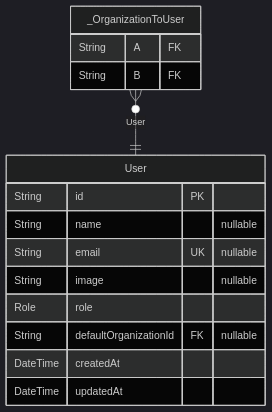
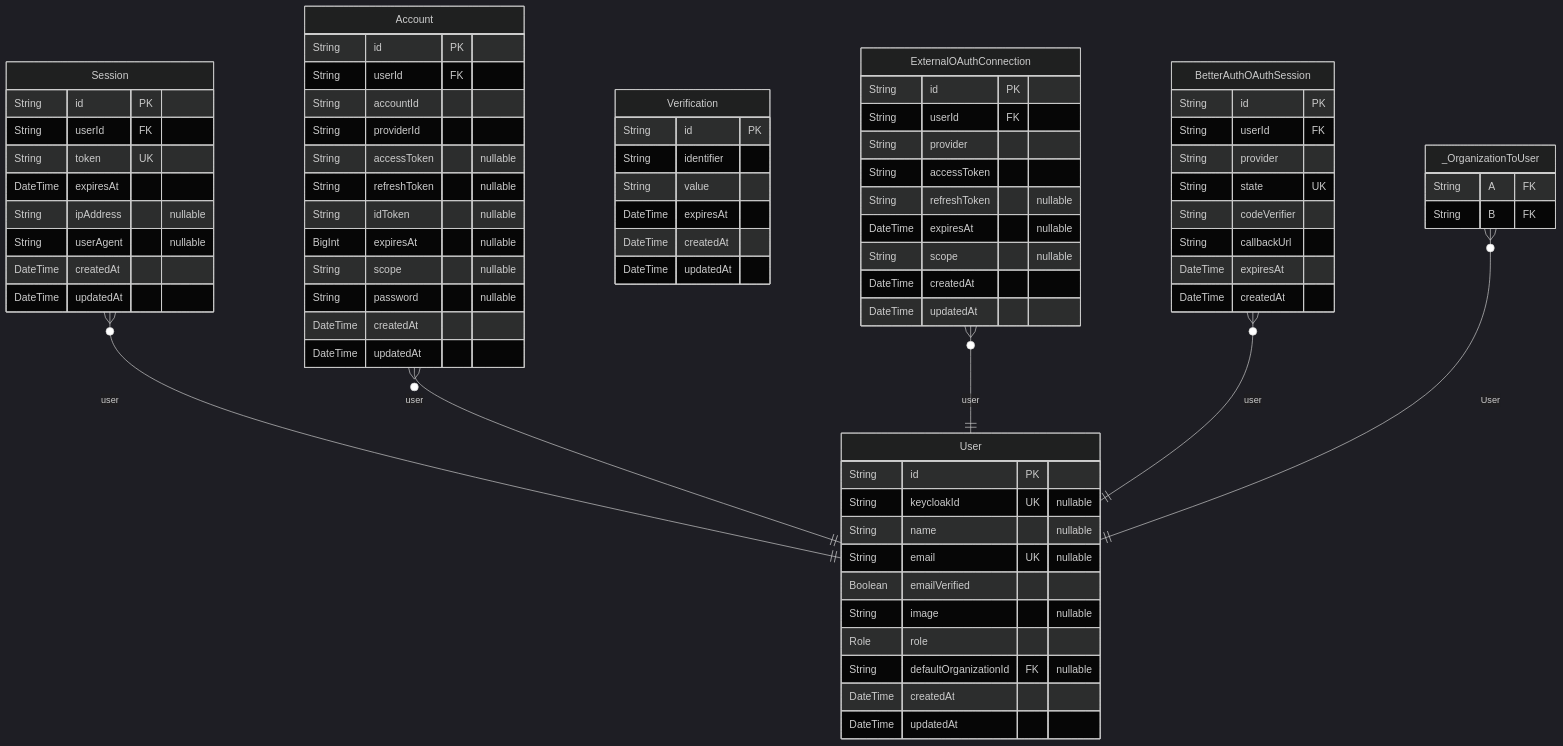
Before and after one commit to rayven122/tumiki: the second of 8 diagrams in packages/db/prisma/README.md, drawn with Mermaid (dark theme). The commit also changed other lines of this file and 3 other files, not shown here.

````diff
--- a/packages/db/prisma/README.md
+++ b/packages/db/prisma/README.md
@@ -51,18 +51,77 @@
 ```mermaid
 erDiagram
 "User" {
   String id PK
+  String keycloakId UK "nullable"
   String name "nullable"
   String email UK "nullable"
+  Boolean emailVerified
   String image "nullable"
   Role role
   String defaultOrganizationId FK "nullable"
   DateTime createdAt
   DateTime updatedAt
 }
+"Session" {
+  String id PK
+  String userId FK
+  String token UK
+  DateTime expiresAt
+  String ipAddress "nullable"
+  String userAgent "nullable"
+  DateTime createdAt
+  DateTime updatedAt
+}
+"Account" {
+  String id PK
+  String userId FK
+  String accountId
+  String providerId
+  String accessToken "nullable"
+  String refreshToken "nullable"
+  String idToken "nullable"
+  BigInt expiresAt "nullable"
+  String scope "nullable"
+  String password "nullable"
+  DateTime createdAt
+  DateTime updatedAt
+}
+"Verification" {
+  String id PK
+  String identifier
+  String value
+  DateTime expiresAt
+  DateTime createdAt
+  DateTime updatedAt
+}
+"ExternalOAuthConnection" {
+  String id PK
+  String userId FK
+  String provider
+  String accessToken
+  String refreshToken "nullable"
+  DateTime expiresAt "nullable"
+  String scope "nullable"
+  DateTime createdAt
+  DateTime updatedAt
+}
+"BetterAuthOAuthSession" {
+  String id PK
+  String userId FK
+  String provider
+  String state UK
+  String codeVerifier
+  String callbackUrl
+  DateTime expiresAt
+  DateTime createdAt
+}
 "_OrganizationToUser" {
   String A FK
   String B FK
 }
+"Session" }o--|| "User" : user
+"Account" }o--|| "User" : user
+"ExternalOAuthConnection" }o--|| "User" : user
+"BetterAuthOAuthSession" }o--|| "User" : user
 "_OrganizationToUser" }o--|| "User" : User
 ```
````
